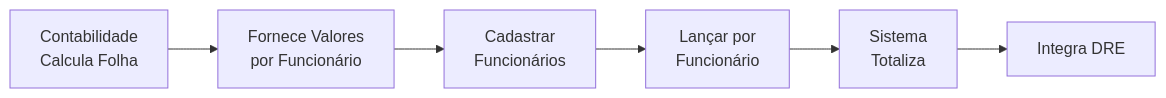
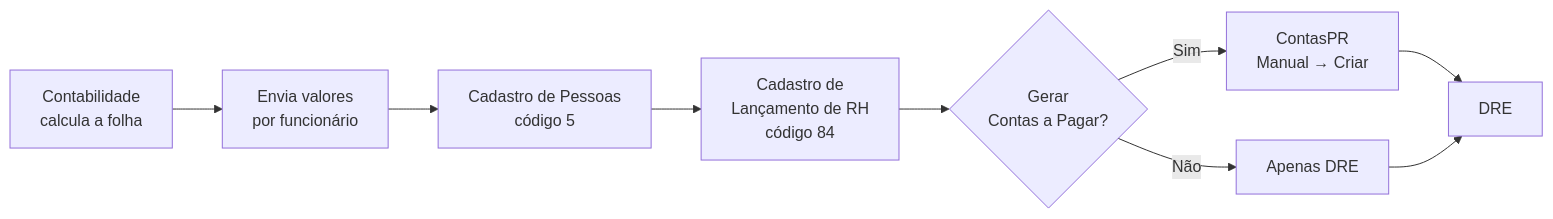
The diagram in RH/README.md (hetosoft/documentacao-solnet), drawn with Mermaid before and after one commit. The commit also changed other lines of this file and 5 other files, not shown here.

````diff
--- a/RH/README.md
+++ b/RH/README.md
@@ -83,8 +103,11 @@
 ```mermaid
 graph LR
-    A[Contabilidade<br/>Calcula Folha] --> B[Fornece Valores<br/>por Funcionário]
-    B --> C[Cadastrar<br/>Funcionários]
-    C --> D[Lançar por<br/>Funcionário]
-    D --> E[Sistema<br/>Totaliza]
-    E --> F[Integra DRE]
+    A[Contabilidade<br/>calcula a folha] --> B[Envia valores<br/>por funcionário]
+    B --> C[Cadastro de Pessoas<br/>código 5]
+    C --> D[Cadastro de<br/>Lançamento de RH<br/>código 84]
+    D --> E{Gerar<br/>Contas a Pagar?}
+    E -->|Sim| F[ContasPR<br/>Manual → Criar]
+    E -->|Não| G[Apenas DRE]
+    F --> H[DRE]
+    G --> H
 ```
````
